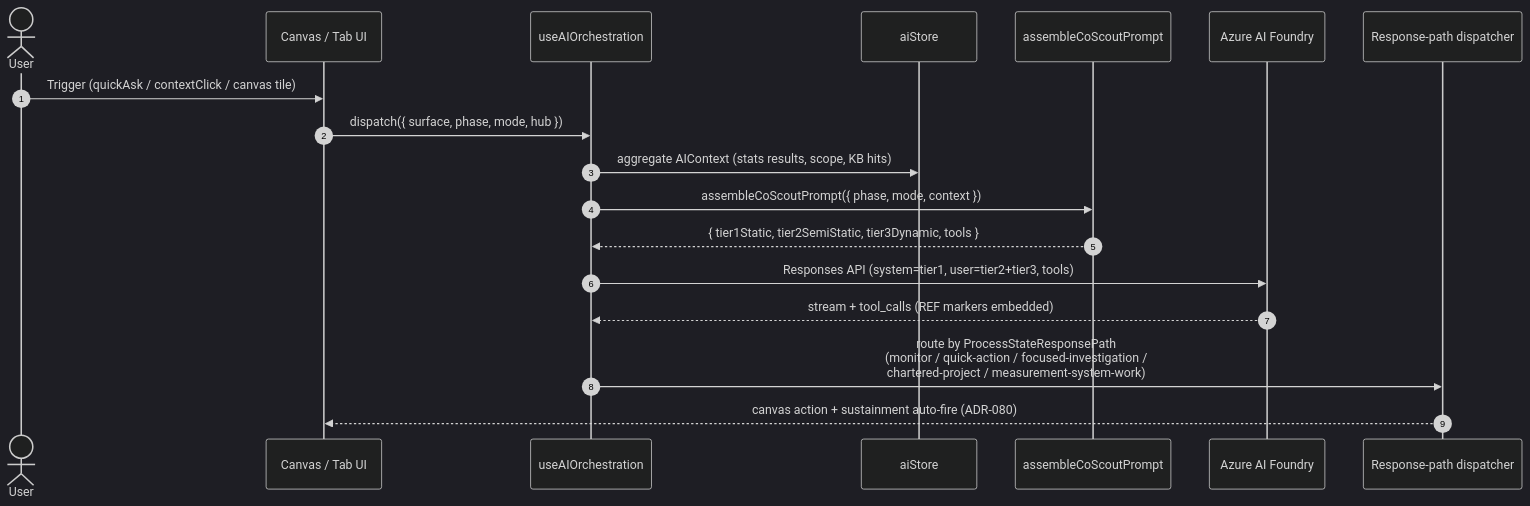
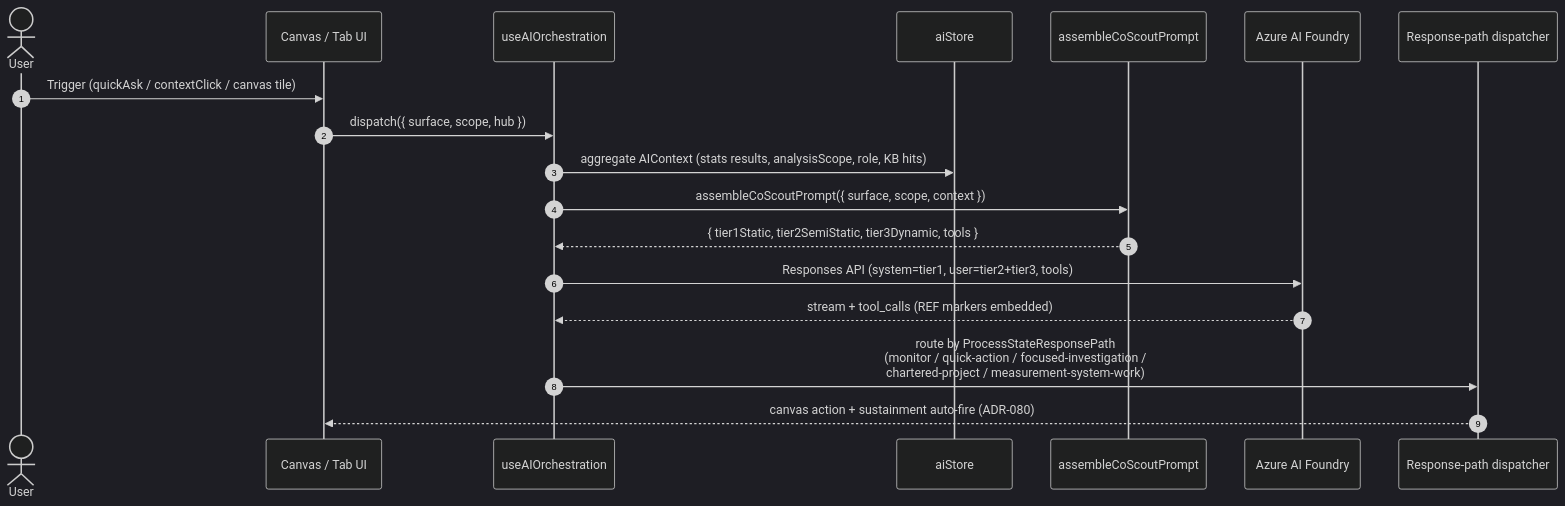
One commit to jukka-matti/variscout changed the diagram in docs/03-features/ai/coscout.md. Above: the diagram before and after it, drawn with Mermaid (dark theme). The commit also changed other lines of this file and 4 other files, not shown here.

````diff
--- a/docs/03-features/ai/coscout.md
+++ b/docs/03-features/ai/coscout.md
@@ -31,21 +31,21 @@
 ```mermaid
 sequenceDiagram
     autonumber
     actor U as User
     participant V as Canvas / Tab UI
     participant O as useAIOrchestration
     participant S as aiStore
     participant A as assembleCoScoutPrompt
     participant API as Azure AI Foundry
     participant D as Response-path dispatcher
 
     U->>V: Trigger (quickAsk / contextClick / canvas tile)
-    V->>O: dispatch({ surface, phase, mode, hub })
-    O->>S: aggregate AIContext (stats results, scope, KB hits)
-    O->>A: assembleCoScoutPrompt({ phase, mode, context })
+    V->>O: dispatch({ surface, scope, hub })
+    O->>S: aggregate AIContext (stats results, analysisScope, role, KB hits)
+    O->>A: assembleCoScoutPrompt({ surface, scope, context })
     A-->>O: { tier1Static, tier2SemiStatic, tier3Dynamic, tools }
     O->>API: Responses API (system=tier1, user=tier2+tier3, tools)
     API-->>O: stream + tool_calls (REF markers embedded)
     O->>D: route by ProcessStateResponsePath<br/>(monitor / quick-action / focused-investigation /<br/>chartered-project / measurement-system-work)
     D-->>V: canvas action + sustainment auto-fire (ADR-080)
 ```
````
